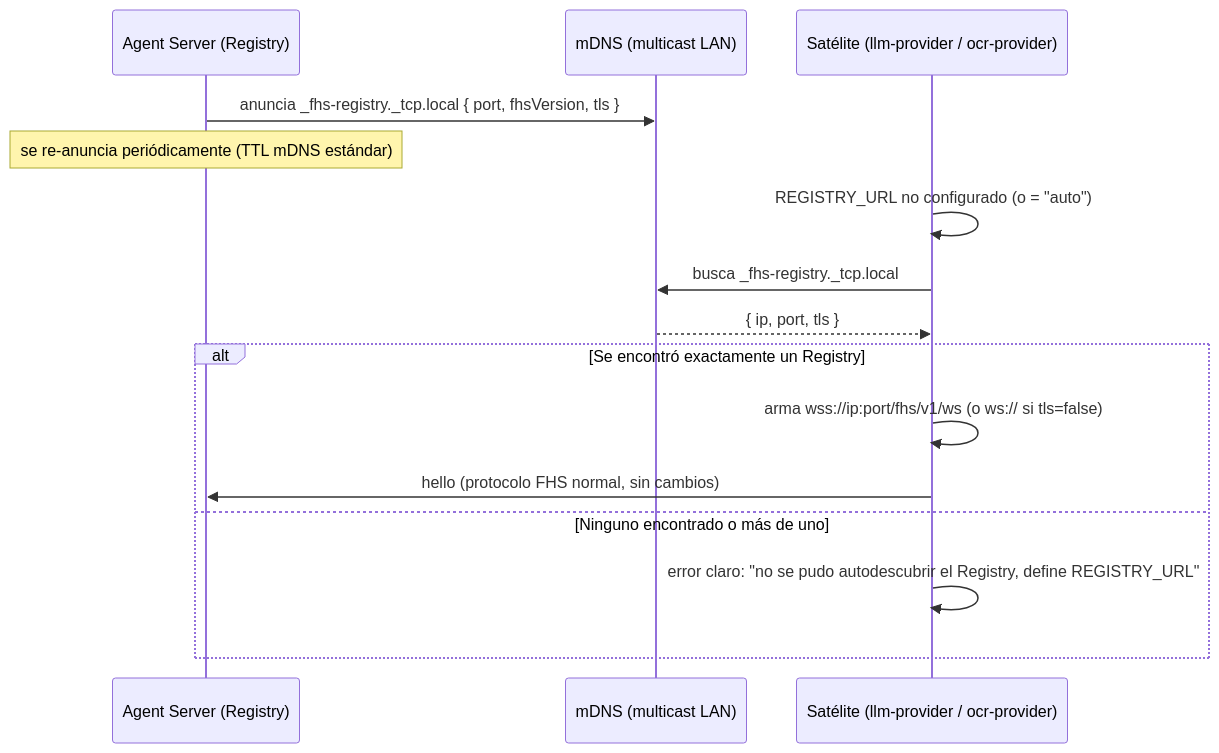
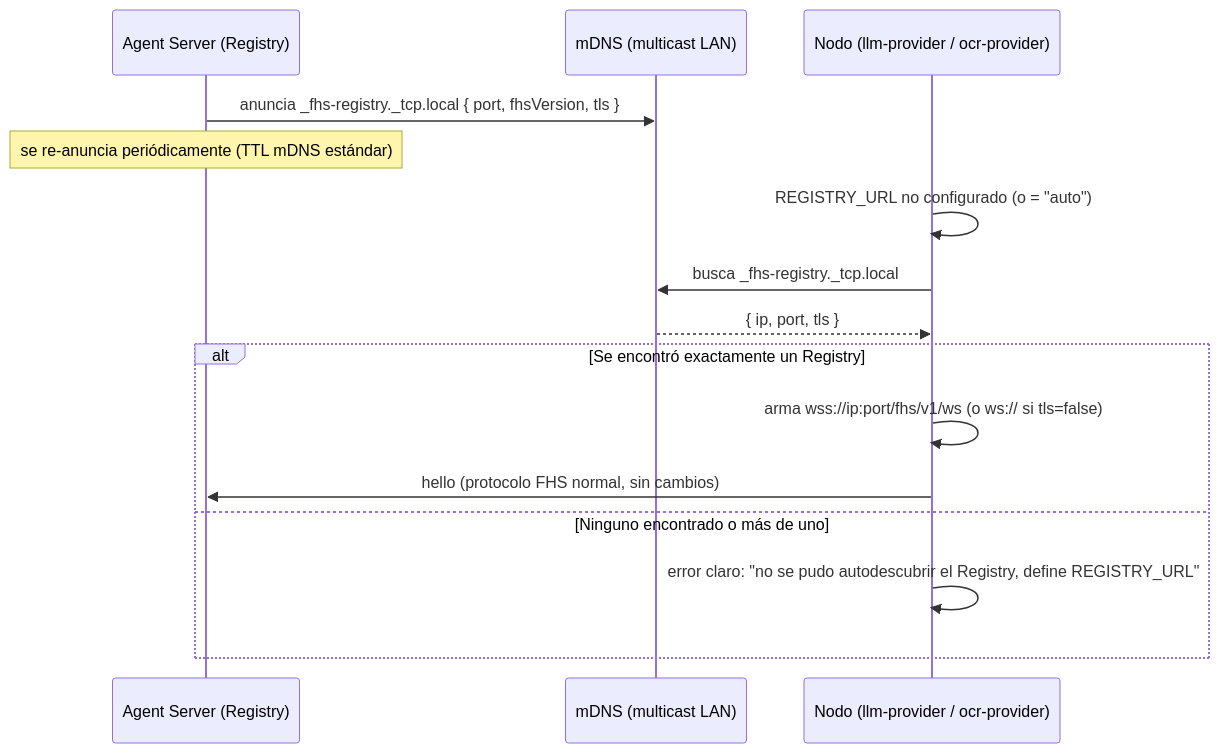
The diagram in spec-native/specs/p2p-discovery/SPEC.md (rafex/galaxIA), drawn with Mermaid before and after one commit. The commit also changed other lines of this file and 8 other files, not shown here.

````diff
--- a/spec-native/specs/p2p-discovery/SPEC.md
+++ b/spec-native/specs/p2p-discovery/SPEC.md
@@ -124,20 +132,20 @@
 ```mermaid
 sequenceDiagram
     participant AS as Agent Server (Registry)
     participant MDNS as mDNS (multicast LAN)
-    participant SAT as Satélite (llm-provider / ocr-provider)
+    participant SAT as Nodo (llm-provider / ocr-provider)
 
     AS->>MDNS: anuncia _fhs-registry._tcp.local { port, fhsVersion, tls }
     Note over AS: se re-anuncia periódicamente (TTL mDNS estándar)
 
     SAT->>SAT: REGISTRY_URL no configurado (o = "auto")
     SAT->>MDNS: busca _fhs-registry._tcp.local
     MDNS-->>SAT: { ip, port, tls }
 
     alt Se encontró exactamente un Registry
         SAT->>SAT: arma wss://ip:port/fhs/v1/ws (o ws:// si tls=false)
         SAT->>AS: hello (protocolo FHS normal, sin cambios)
     else Ninguno encontrado o más de uno
         SAT->>SAT: error claro: "no se pudo autodescubrir el Registry, define REGISTRY_URL"
     end
 ```
````
